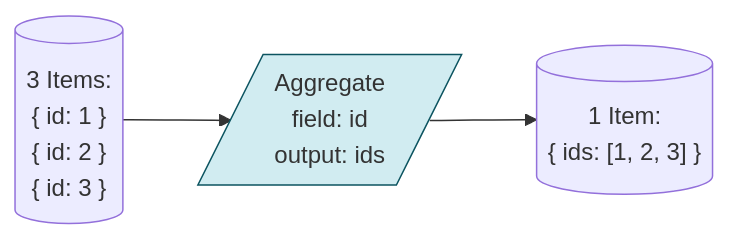
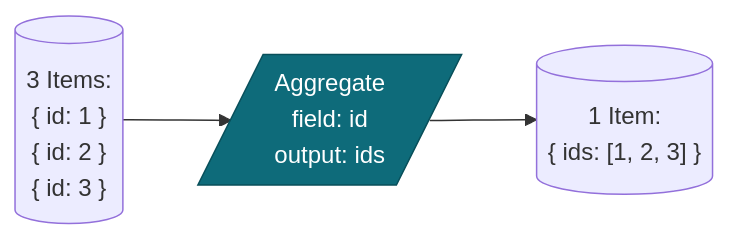
One commit to ericleddin/m4-n8n-demos changed diagram 11 of 15 in docs/n8n_learning/n8n_Datenfluss_Kompendium_v2.md. Above: the diagram before and after it, drawn with Mermaid. The commit also changed other lines of this file and 4 other files, not shown here.

Commit message:
Add AI agent, LLM, and n8n developer guides; standardize Mermaid colors

````diff
--- a/docs/n8n_learning/n8n_Datenfluss_Kompendium_v2.md
+++ b/docs/n8n_learning/n8n_Datenfluss_Kompendium_v2.md
@@ -288,7 +288,7 @@
 ```mermaid
 flowchart LR
     In[("3 Items:<br/>{ id: 1 }<br/>{ id: 2 }<br/>{ id: 3 }")] --> AG[/"Aggregate<br/>field: id<br/>output: ids"/]
     AG --> Out[("1 Item:<br/>{ ids: [1, 2, 3] }")]
 
-    style AG fill:#d1ecf1,stroke:#0c5460
+    style AG fill:#0e6b7a,stroke:#084f5a,color:#fff
 ```
````
